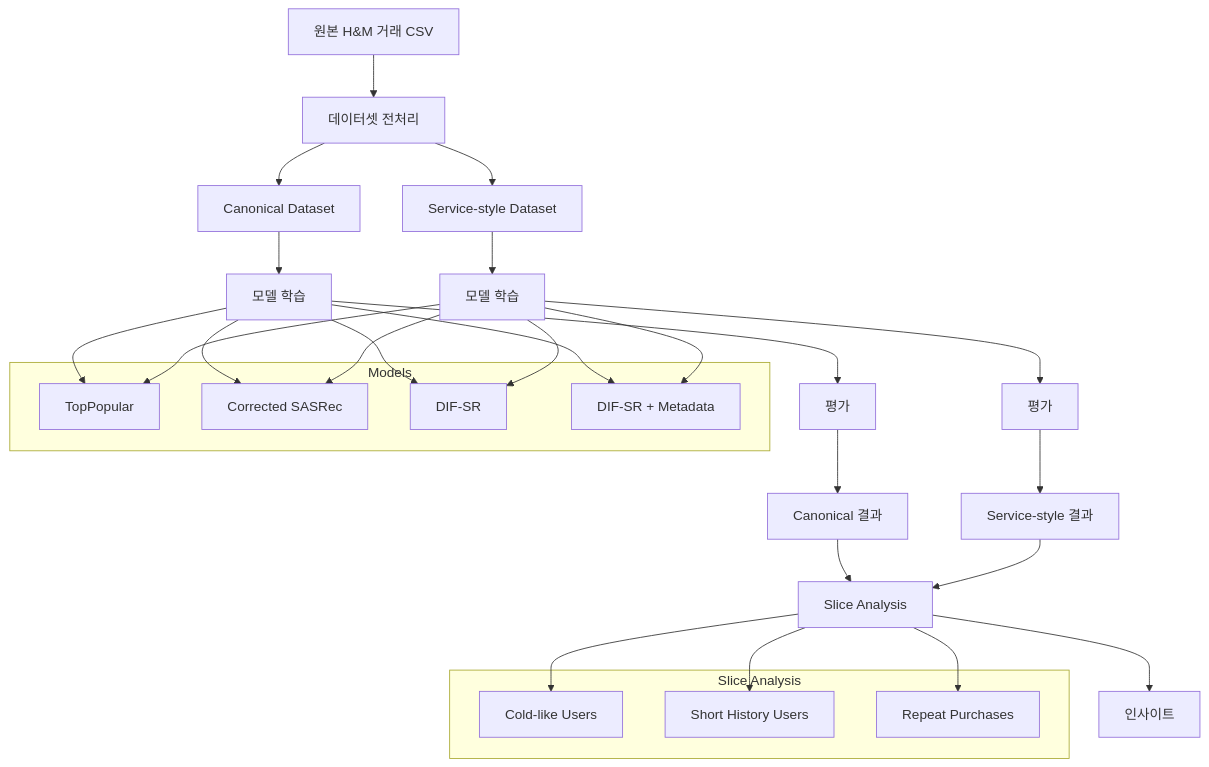
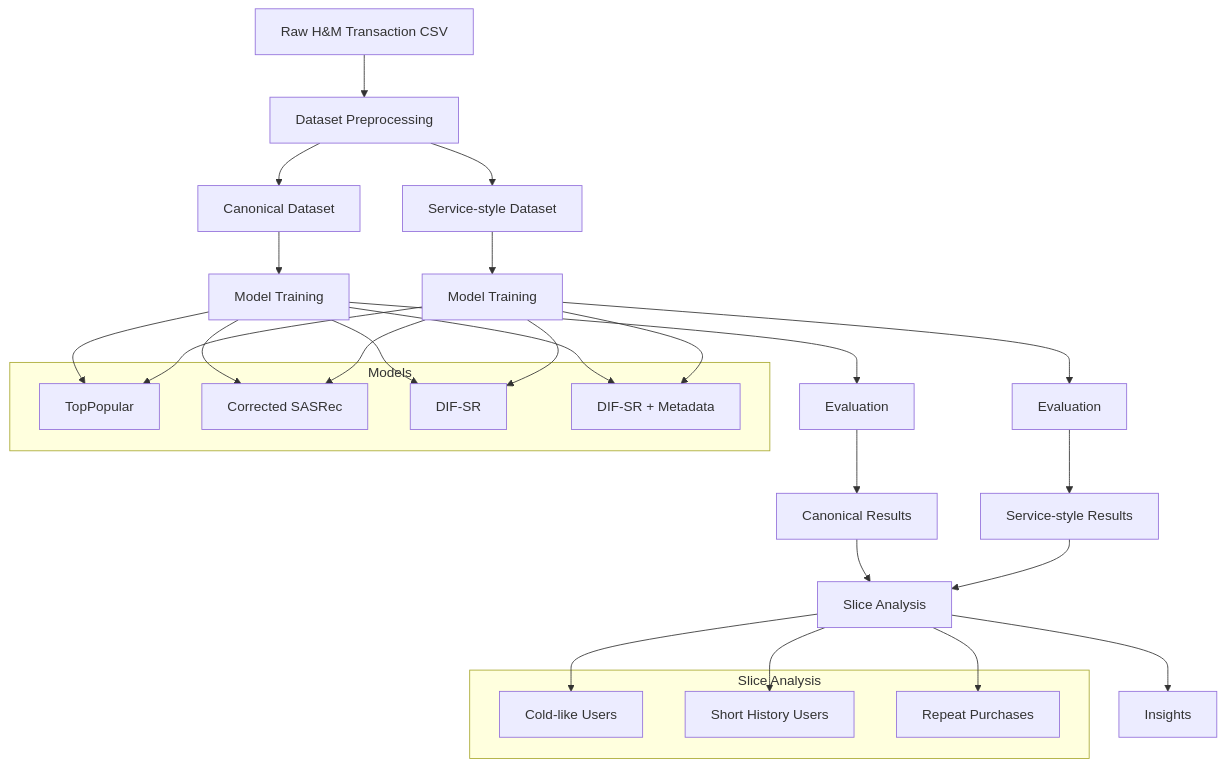
One commit to hyeongseok21/sequential-recommendation-under-sparsity changed the second of 4 diagrams in README.md. Above: the diagram before and after it, drawn with Mermaid. The commit also changed other lines of this file, not shown here.

````diff
--- a/README.md
+++ b/README.md
@@ -71,49 +71,49 @@
 ```mermaid
 flowchart TD
 
-A["원본 H&M 거래 CSV"] --> B["데이터셋 전처리"]
+A["Raw H&M Transaction CSV"] --> B["Dataset Preprocessing"]
 
 B --> C1["Canonical Dataset"]
 B --> C2["Service-style Dataset"]
 
-C1 --> D1["모델 학습"]
-C2 --> D2["모델 학습"]
+C1 --> D1["Model Training"]
+C2 --> D2["Model Training"]
 
-D1 --> E1["평가"]
-D2 --> E2["평가"]
+D1 --> E1["Evaluation"]
+D2 --> E2["Evaluation"]
 
-E1 --> F1["Canonical 결과"]
-E2 --> F2["Service-style 결과"]
+E1 --> F1["Canonical Results"]
+E2 --> F2["Service-style Results"]
 
 F1 --> G["Slice Analysis"]
 F2 --> G
 
-G --> H["인사이트"]
+G --> H["Insights"]
 
 subgraph Models
 M1["TopPopular"]
 M2["Corrected SASRec"]
 M3["DIF-SR"]
 M4["DIF-SR + Metadata"]
 end
 
 D1 --> M1
 D1 --> M2
 D1 --> M3
 D1 --> M4
 
 D2 --> M1
 D2 --> M2
 D2 --> M3
 D2 --> M4
 
 subgraph "Slice Analysis"
 S1["Cold-like Users"]
 S2["Short History Users"]
 S3["Repeat Purchases"]
 end
 
 G --> S1
 G --> S2
 G --> S3
 ```
````
